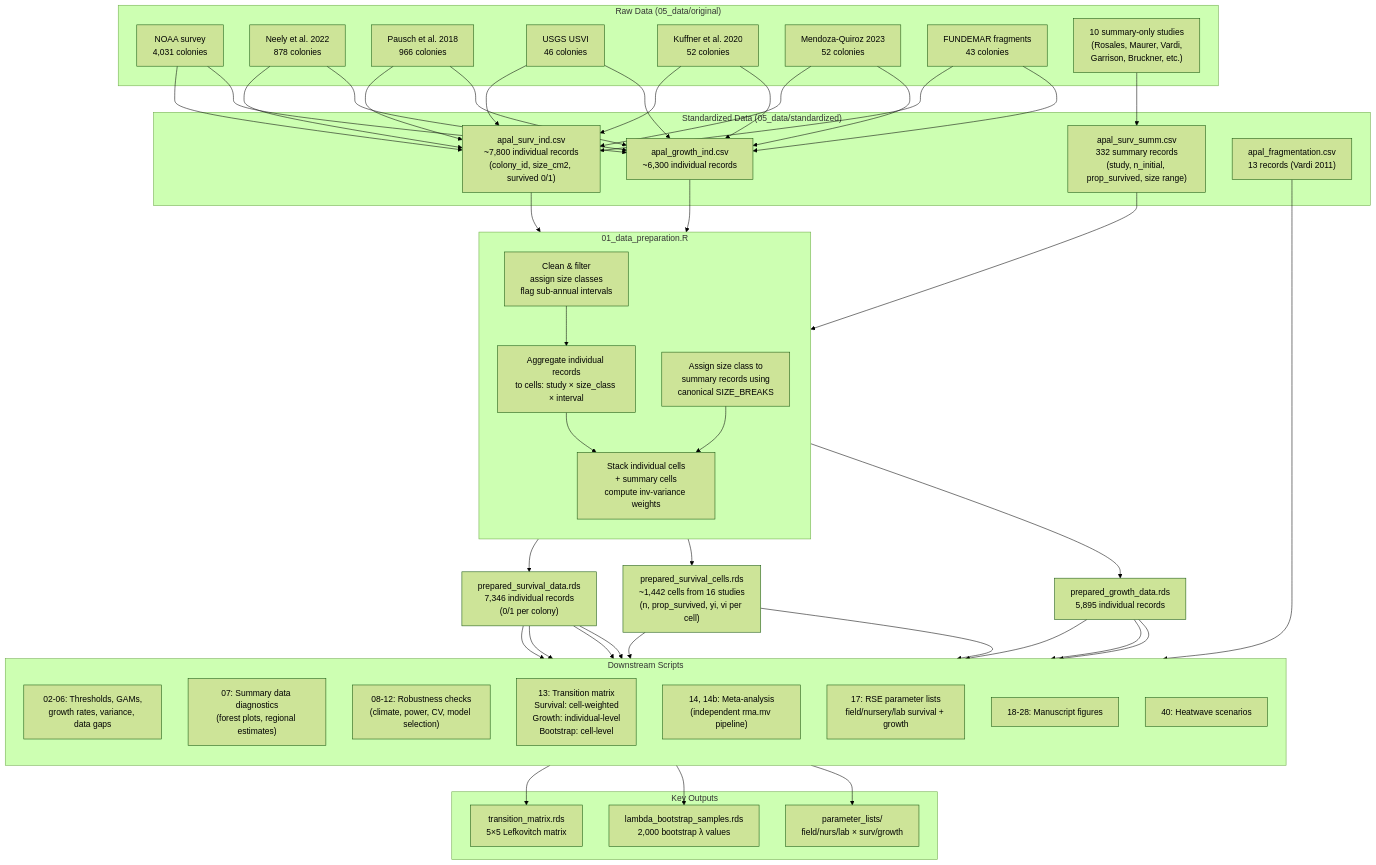
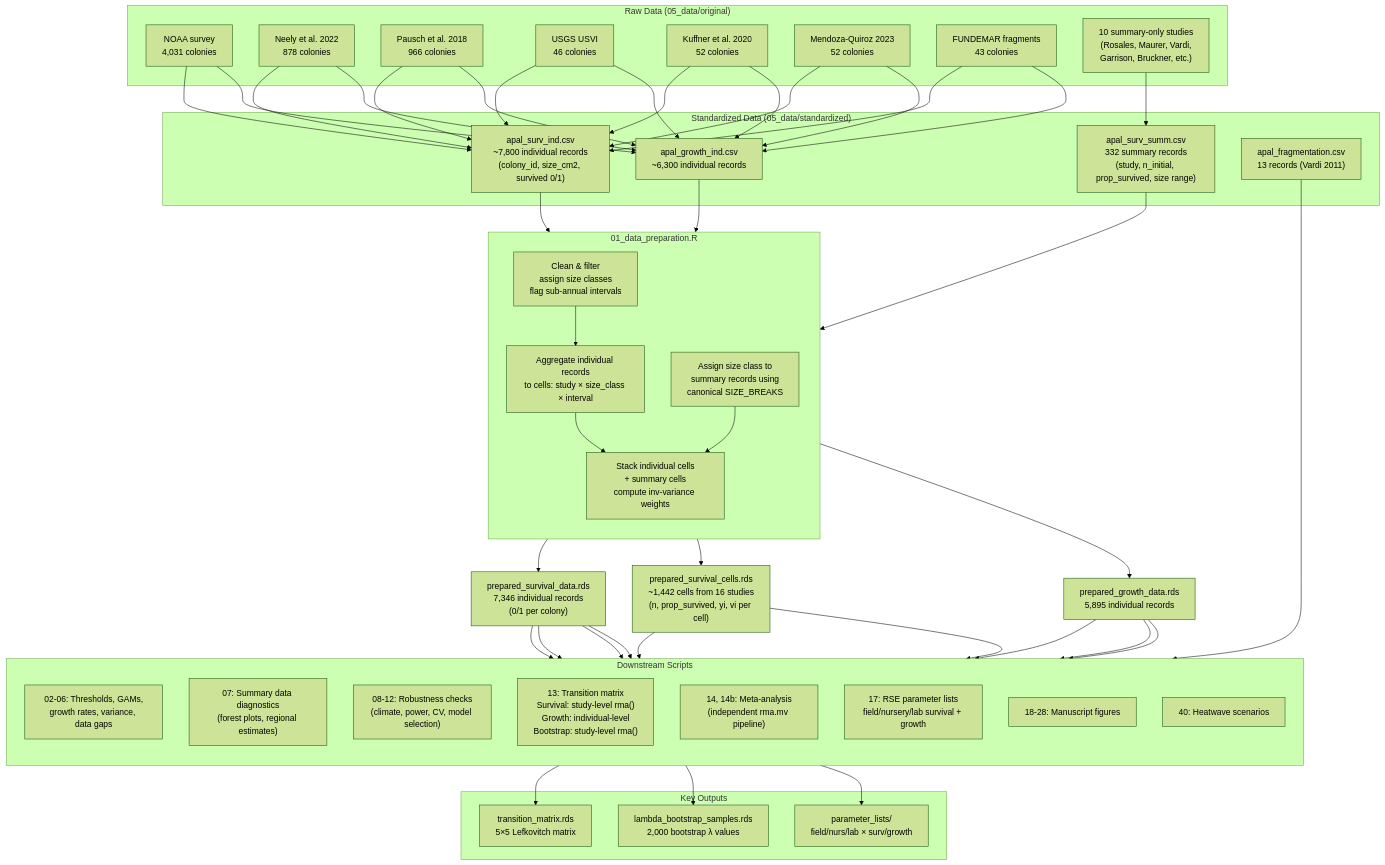
One commit to stier-lab/rse-2025-detmer-apalmata-rse-parameters changed the first of 2 diagrams in 04_extraction/data_flow_diagram.md. Above: the diagram before and after it, drawn with Mermaid (forest theme). The commit also changed 111 other files, not shown here.

First line of the commit message:
Switch to study-level rma() for survival, align RSE parameters, add recruit data

````diff
--- a/04_extraction/data_flow_diagram.md
+++ b/04_extraction/data_flow_diagram.md
@@ -7,74 +7,74 @@
 ```mermaid
 flowchart TB
     subgraph raw["Raw Data (05_data/original)"]
         NOAA["NOAA survey<br/>4,031 colonies"]
         Neely["Neely et al. 2022<br/>878 colonies"]
         Pausch["Pausch et al. 2018<br/>966 colonies"]
         USGS["USGS USVI<br/>46 colonies"]
         Kuffner["Kuffner et al. 2020<br/>52 colonies"]
         Mendoza["Mendoza-Quiroz 2023<br/>52 colonies"]
         Fundemar["FUNDEMAR fragments<br/>43 colonies"]
         SummStudies["10 summary-only studies<br/>(Rosales, Maurer, Vardi,<br/>Garrison, Bruckner, etc.)"]
     end
 
     subgraph standardized["Standardized Data (05_data/standardized)"]
         IndCSV["apal_surv_ind.csv<br/>~7,800 individual records<br/>(colony_id, size_cm2, survived 0/1)"]
         SummCSV["apal_surv_summ.csv<br/>332 summary records<br/>(study, n_initial, prop_survived, size range)"]
         GrowthCSV["apal_growth_ind.csv<br/>~6,300 individual records"]
         FragCSV["apal_fragmentation.csv<br/>13 records (Vardi 2011)"]
     end
 
     NOAA & Neely & Pausch & USGS & Kuffner & Mendoza & Fundemar --> IndCSV
     SummStudies --> SummCSV
     NOAA & Neely & Pausch & USGS & Kuffner & Mendoza & Fundemar --> GrowthCSV
 
     subgraph prep["01_data_preparation.R"]
         direction TB
         Clean["Clean & filter<br/>assign size classes<br/>flag sub-annual intervals"]
         Aggregate["Aggregate individual records<br/>to cells: study × size_class × interval"]
         AssignSC["Assign size class to<br/>summary records using<br/>canonical SIZE_BREAKS"]
         Stack["Stack individual cells<br/>+ summary cells<br/>compute inv-variance weights"]
     end
 
     IndCSV --> Clean
     Clean --> PrepSurv["prepared_survival_data.rds<br/>7,346 individual records<br/>(0/1 per colony)"]
     Clean --> Aggregate
     SummCSV --> AssignSC
     Aggregate & AssignSC --> Stack
     Stack --> PrepCells["prepared_survival_cells.rds<br/>~1,442 cells from 16 studies<br/>(n, prop_survived, yi, vi per cell)"]
     GrowthCSV --> Clean
     Clean --> PrepGrowth["prepared_growth_data.rds<br/>5,895 individual records"]
 
     subgraph consumers["Downstream Scripts"]
         direction TB
         Script02["02-06: Thresholds, GAMs,<br/>growth rates, variance, data gaps"]
         Script07["07: Summary data diagnostics<br/>(forest plots, regional estimates)"]
         Script08["08-12: Robustness checks<br/>(climate, power, CV, model selection)"]
-        Script13["13: Transition matrix<br/>Survival: cell-weighted<br/>Growth: individual-level<br/>Bootstrap: cell-level"]
+        Script13["13: Transition matrix<br/>Survival: study-level rma()<br/>Growth: individual-level<br/>Bootstrap: study-level rma()"]
         Script14["14, 14b: Meta-analysis<br/>(independent rma.mv pipeline)"]
         Script17["17: RSE parameter lists<br/>field/nursery/lab survival + growth"]
         Script18["18-28: Manuscript figures"]
         Script40["40: Heatwave scenarios"]
     end
 
     PrepSurv --> Script02
     PrepSurv --> Script07
     PrepSurv --> Script08
     PrepSurv --> Script18
     PrepCells --> Script13
     PrepCells --> Script17
     PrepGrowth --> Script13
     PrepGrowth --> Script17
     PrepGrowth --> Script18
     FragCSV --> Script13
 
     subgraph outputs["Key Outputs"]
         Matrix["transition_matrix.rds<br/>5×5 Lefkovitch matrix"]
         Lambda["lambda_bootstrap_samples.rds<br/>2,000 bootstrap λ values"]
         ParamLists["parameter_lists/<br/>field/nurs/lab × surv/growth"]
     end
 
     Script13 --> Matrix
     Script13 --> Lambda
     Script17 --> ParamLists
 ```
````
